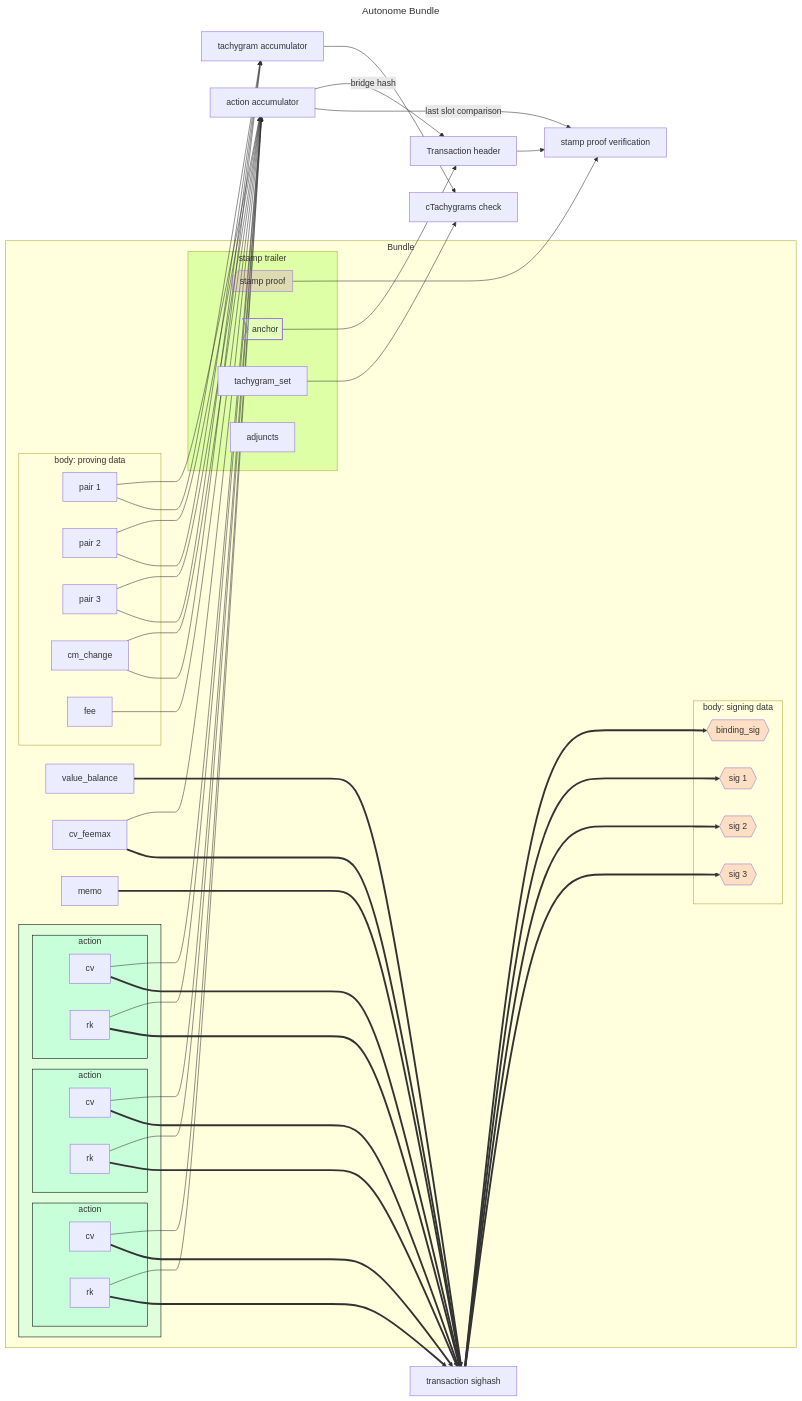
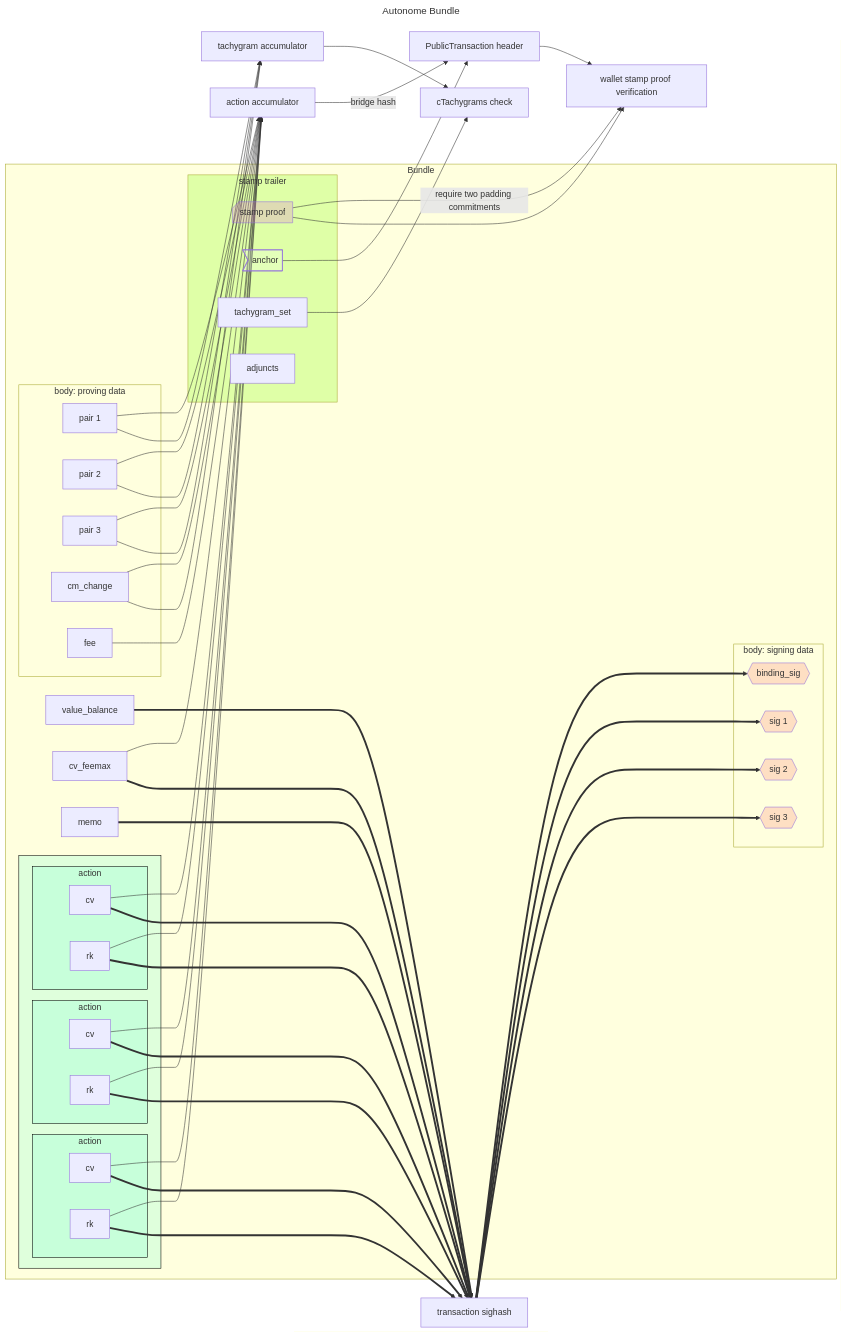
The diagram in book/src/bundle.md (tachyon-zcash/tachyon), drawn with Mermaid before and after one commit. The commit also changed 12 other files, not shown here.

First line of the commit message:
feat(stamp): finalize wallet proofs as PublicTransaction

````diff
--- a/book/src/bundle.md
+++ b/book/src/bundle.md
@@ -85,78 +85,78 @@
 ```mermaid
 ---
 title: Autonome Bundle
 ---
 flowchart LR
 classDef signature fill:#fa807240
 classDef optional fill:#d3d3d340,stroke-dasharray: 5 5
 
 style action1 fill:#7fffd440,stroke:black
 style action2 fill:#7fffd440,stroke:black
 style action3 fill:#7fffd440,stroke:black
 style action_vec fill:#7fffd440,stroke:black
 
 style stamp_proof fill:#da70d640
 style anchor fill:#f0fff040
 
 style stamp_trailer fill:#7fff0040
 
 subgraph shielded_data["Bundle"]
 
     subgraph action_vec[" "]
 
         subgraph action1["action"]
             cv1["cv"]
             rk1["rk"]
         end
 
        subgraph action2["action"]
             cv2["cv"]
             rk2["rk"]
         end
 
        subgraph action3["action"]
             cv3["cv"]
             rk3["rk"]
         end
     end
 
     subgraph proving_data["body: proving data"]
         tg1["pair 1"]
         tg2["pair 2"]
         tg3["pair 3"]
         fee_change["cm_change"]
         fee
     end
 
     subgraph stamp_trailer["stamp trailer"]
         tachygram_set
         adjuncts
         anchor@{shape: odd}
         stamp_proof@{shape: notch-rect, label: "stamp proof"}
     end
 
     subgraph signing_data["body: signing data"]
         sig1:::signature@{shape: hex, label: "sig 1"}
         sig2:::signature@{shape: hex, label: "sig 2"}
         sig3:::signature@{shape: hex, label: "sig 3"}
         sig_binding:::signature@{shape: hex, label: "binding_sig"}
     end
     v_balance["value_balance"]
     cv_feemax["cv_feemax"]
     memo
 
 end
 
     rk1 & rk2 & rk3 & cv1 & cv2 & cv3 --> action_acc["action accumulator"]
     cv_feemax & fee & fee_change & tg1 & tg2 & tg3 --> action_acc
-    action_acc -->|bridge hash| stamp_header["Transaction header"]
+    action_acc -->|bridge hash| stamp_header["PublicTransaction header"]
     anchor --> stamp_header
-    action_acc -->|last slot comparison| verify_stamp["stamp proof verification"]
+    stamp_proof -->|require two padding commitments| verify_stamp["wallet stamp proof verification"]
     stamp_header & stamp_proof --> verify_stamp
     fee_change & tg1 & tg2 & tg3 --> tg_acc["tachygram accumulator"]
     tg_acc & tachygram_set --> check_tg["cTachygrams check"]
 
     v_balance & cv_feemax & memo ===> sighash["transaction sighash"]
     cv1 & rk1 & cv2 & rk2 & cv3 & rk3 ===> sighash
     sighash ===> sig_binding & sig1 & sig2 & sig3
 ```
````
